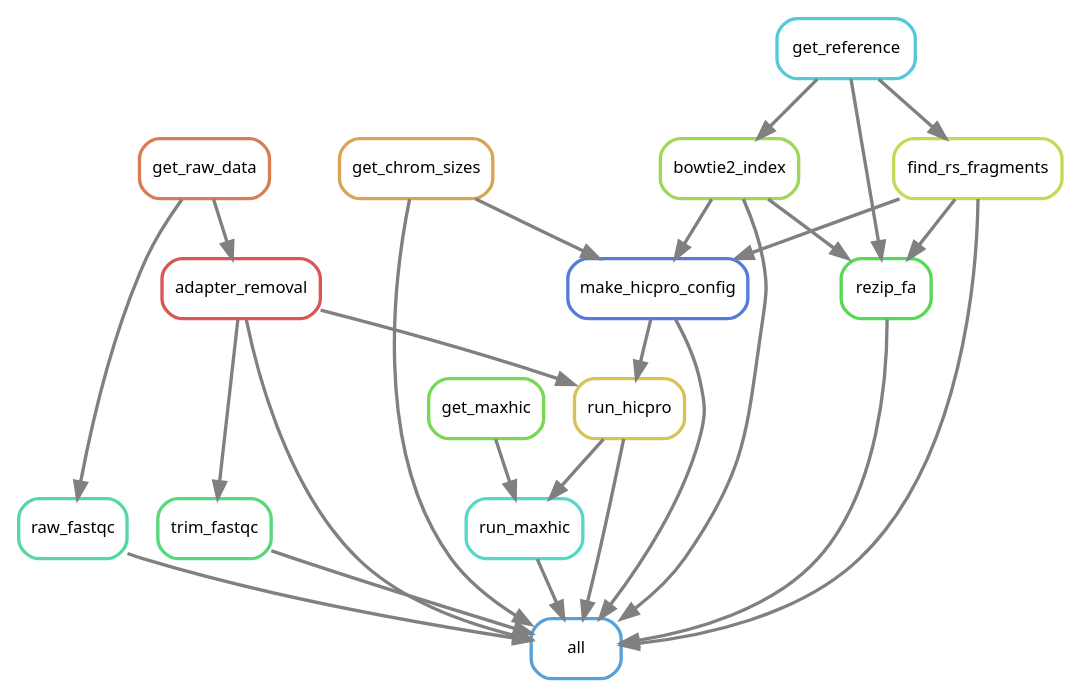
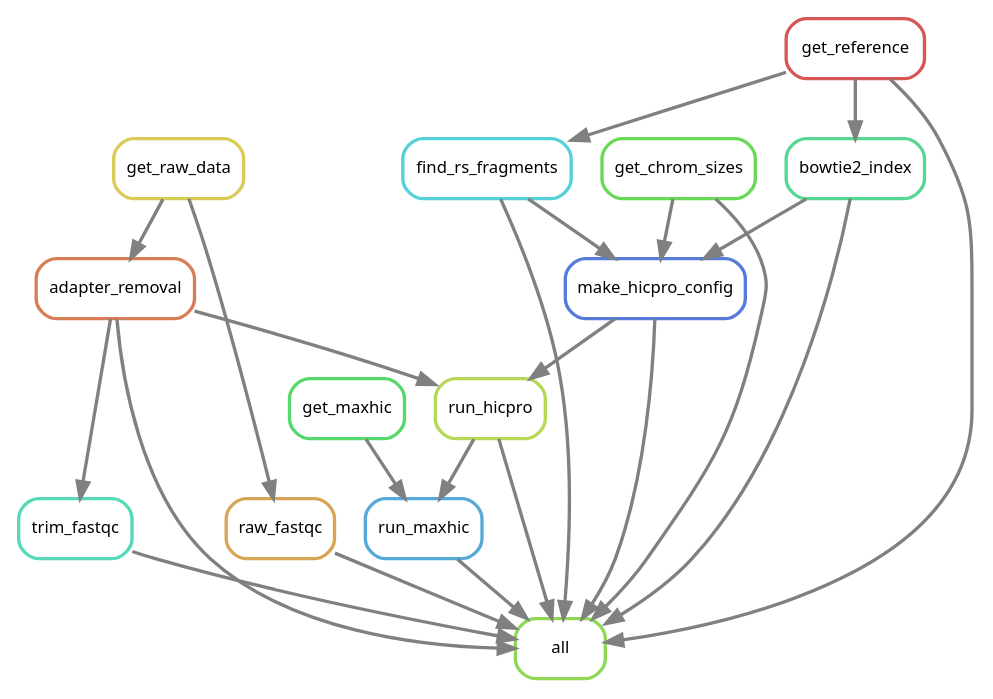
The diagram in output/rulegraph.dot (DRMCRL/ENCODE_T47D_HiC_ENCSR549MGQ), drawn with Graphviz before and after one commit. The commit also changed 2 other files, not shown here.

Commit message:
Tried restarting after defining individual index files

```diff
--- a/output/rulegraph.dot
+++ b/output/rulegraph.dot
@@ -1,44 +1,40 @@
 digraph snakemake_dag {
     graph[bgcolor=white, margin=0];
     node[shape=box, style=rounded, fontname=sans,                 fontsize=10, penwidth=2];
     edge[penwidth=2, color=grey];
-	0[label = "all", color = "0.57 0.6 0.85", style="rounded"];
-	1[label = "get_chrom_sizes", color = "0.10 0.6 0.85", style="rounded"];
-	2[label = "find_rs_fragments", color = "0.19 0.6 0.85", style="rounded"];
-	3[label = "bowtie2_index", color = "0.24 0.6 0.85", style="rounded"];
-	4[label = "rezip_fa", color = "0.33 0.6 0.85", style="rounded"];
-	5[label = "raw_fastqc", color = "0.43 0.6 0.85", style="rounded"];
-	6[label = "trim_fastqc", color = "0.38 0.6 0.85", style="rounded"];
-	7[label = "adapter_removal", color = "0.00 0.6 0.85", style="rounded"];
-	8[label = "make_hicpro_config", color = "0.62 0.6 0.85", style="rounded"];
-	9[label = "run_hicpro", color = "0.14 0.6 0.85", style="rounded"];
-	10[label = "run_maxhic", color = "0.48 0.6 0.85", style="rounded"];
-	11[label = "get_reference", color = "0.52 0.6 0.85", style="rounded"];
-	12[label = "get_raw_data", color = "0.05 0.6 0.85", style="rounded"];
-	13[label = "get_maxhic", color = "0.29 0.6 0.85", style="rounded"];
+	0[label = "all", color = "0.26 0.6 0.85", style="rounded"];
+	1[label = "run_hicpro", color = "0.21 0.6 0.85", style="rounded"];
+	2[label = "find_rs_fragments", color = "0.51 0.6 0.85", style="rounded"];
+	3[label = "raw_fastqc", color = "0.10 0.6 0.85", style="rounded"];
+	4[label = "run_maxhic", color = "0.56 0.6 0.85", style="rounded"];
+	5[label = "bowtie2_index", color = "0.41 0.6 0.85", style="rounded"];
+	6[label = "adapter_removal", color = "0.05 0.6 0.85", style="rounded"];
+	7[label = "trim_fastqc", color = "0.46 0.6 0.85", style="rounded"];
+	8[label = "get_chrom_sizes", color = "0.31 0.6 0.85", style="rounded"];
+	9[label = "get_reference", color = "0.00 0.6 0.85", style="rounded"];
+	10[label = "make_hicpro_config", color = "0.62 0.6 0.85", style="rounded"];
+	11[label = "get_raw_data", color = "0.15 0.6 0.85", style="rounded"];
+	12[label = "get_maxhic", color = "0.36 0.6 0.85", style="rounded"];
+	6 -> 0
+	9 -> 0
+	3 -> 0
+	1 -> 0
+	8 -> 0
+	10 -> 0
+	5 -> 0
+	2 -> 0
 	7 -> 0
-	1 -> 0
-	9 -> 0
-	2 -> 0
-	3 -> 0
 	4 -> 0
-	6 -> 0
-	5 -> 0
-	10 -> 0
-	8 -> 0
-	11 -> 2
+	10 -> 1
+	6 -> 1
+	9 -> 2
 	11 -> 3
-	11 -> 4
-	2 -> 4
-	3 -> 4
-	12 -> 5
-	7 -> 6
-	12 -> 7
-	2 -> 8
-	3 -> 8
-	1 -> 8
-	7 -> 9
-	8 -> 9
-	9 -> 10
-	13 -> 10
+	12 -> 4
+	1 -> 4
+	9 -> 5
+	11 -> 6
+	6 -> 7
+	8 -> 10
+	5 -> 10
+	2 -> 10
 }            
```
